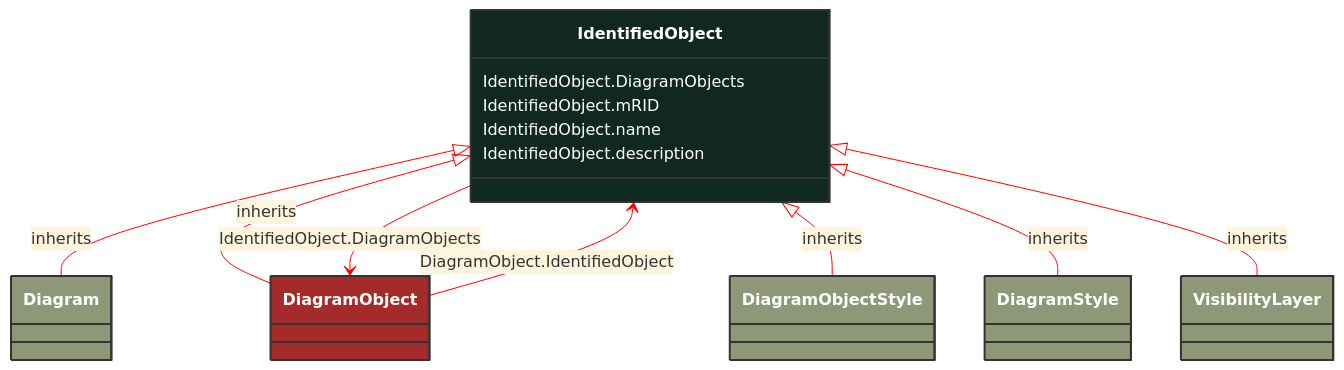
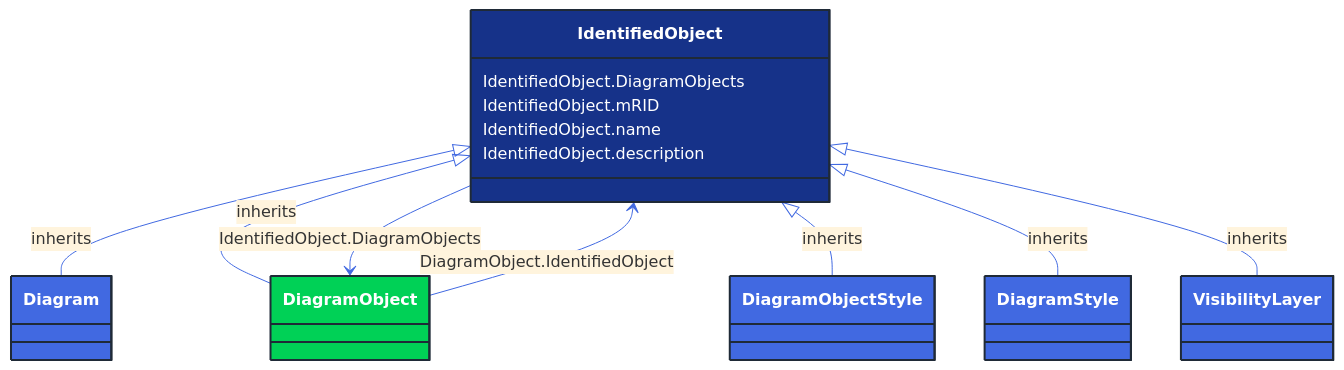
One commit to 3lbits/NoCIMExtensions changed the diagram in docs/Models/Profiles/DiagramLayout/AbstractClasses/IdentifiedObject.md. Above: the diagram before and after it, drawn with Mermaid. The commit also changed 362 other files, not shown here.

First line of the commit message:
Update diagrams and styles for improved visual consistency

````diff
--- a/docs/Models/Profiles/DiagramLayout/AbstractClasses/IdentifiedObject.md
+++ b/docs/Models/Profiles/DiagramLayout/AbstractClasses/IdentifiedObject.md
@@ -10,55 +10,55 @@
 ```mermaid
-%%{init: {'theme':'base','themeVariables': {'lineColor': '#FF0000'}}}%%
+%%{init: {'theme':'base','themeVariables': {'lineColor': '#4169E1'}}}%%
 classDiagram
     class IdentifiedObject
     click IdentifiedObject href "/Models/Profiles/DiagramLayout/AbstractClasses/IdentifiedObject/"
-    style IdentifiedObject fill:#102820,stroke:#333,stroke-width:2px,rx:10,ry:10,color:white
+    style IdentifiedObject fill:#163289,stroke:#1F2A37,stroke-width:2px,rx:10,ry:10,color:white
 
         IdentifiedObject <|-- Diagram : inherits
 
         Diagram
             click Diagram href "/Models/Profiles/DiagramLayout/ConcreteClasses/Diagram/"
-            style Diagram fill:#8F9779,stroke:#333,stroke-width:2px,rx:10,ry:10,color:white
+            style Diagram fill:#4169E1,stroke:#1F2A37,stroke-width:2px,rx:10,ry:10,color:white
 
         IdentifiedObject <|-- DiagramObject : inherits
 
         DiagramObject
             click DiagramObject href "/Models/Profiles/DiagramLayout/ConcreteClasses/DiagramObject/"
-            style DiagramObject fill:#8F9779,stroke:#333,stroke-width:2px,rx:10,ry:10,color:white
+            style DiagramObject fill:#4169E1,stroke:#1F2A37,stroke-width:2px,rx:10,ry:10,color:white
 
         IdentifiedObject <|-- DiagramObjectStyle : inherits
 
         DiagramObjectStyle
             click DiagramObjectStyle href "/Models/Profiles/DiagramLayout/ConcreteClasses/DiagramObjectStyle/"
-            style DiagramObjectStyle fill:#8F9779,stroke:#333,stroke-width:2px,rx:10,ry:10,color:white
+            style DiagramObjectStyle fill:#4169E1,stroke:#1F2A37,stroke-width:2px,rx:10,ry:10,color:white
 
         IdentifiedObject <|-- DiagramStyle : inherits
 
         DiagramStyle
             click DiagramStyle href "/Models/Profiles/DiagramLayout/ConcreteClasses/DiagramStyle/"
-            style DiagramStyle fill:#8F9779,stroke:#333,stroke-width:2px,rx:10,ry:10,color:white
+            style DiagramStyle fill:#4169E1,stroke:#1F2A37,stroke-width:2px,rx:10,ry:10,color:white
 
         IdentifiedObject <|-- VisibilityLayer : inherits
 
         VisibilityLayer
             click VisibilityLayer href "/Models/Profiles/DiagramLayout/ConcreteClasses/VisibilityLayer/"
-            style VisibilityLayer fill:#8F9779,stroke:#333,stroke-width:2px,rx:10,ry:10,color:white
+            style VisibilityLayer fill:#4169E1,stroke:#1F2A37,stroke-width:2px,rx:10,ry:10,color:white
 
         IdentifiedObject --> DiagramObject : IdentifiedObject.DiagramObjects
 
         DiagramObject
             click DiagramObject href "/Models/Profiles/DiagramLayout/ConcreteClasses/DiagramObject/"
-            style DiagramObject fill:#A52A2A,stroke:#333,stroke-width:2px,rx:10,ry:10,color:white
+            style DiagramObject fill:#00D156,stroke:#1F2A37,stroke-width:2px,rx:10,ry:10,color:white
 
         DiagramObject --> IdentifiedObject : DiagramObject.IdentifiedObject
 
         DiagramObject
             click DiagramObject href "/Models/Profiles/DiagramLayout/ConcreteClasses/DiagramObject/"
-            style DiagramObject fill:#A52A2A,stroke:#333,stroke-width:2px,rx:10,ry:10,color:white
+            style DiagramObject fill:#00D156,stroke:#1F2A37,stroke-width:2px,rx:10,ry:10,color:white
 
 
         IdentifiedObject : IdentifiedObject.DiagramObjects
         IdentifiedObject : IdentifiedObject.mRID
         IdentifiedObject : IdentifiedObject.name
         IdentifiedObject : IdentifiedObject.description
 ```
````
